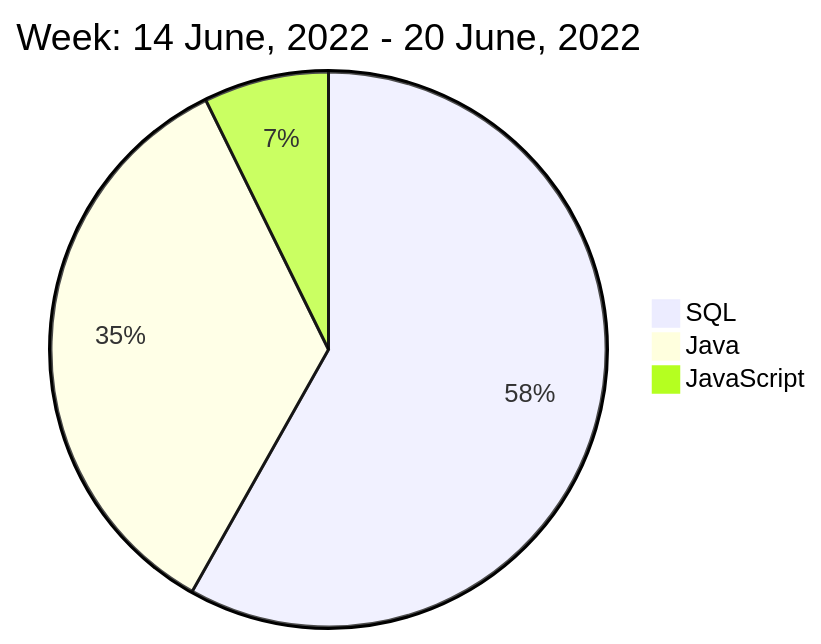
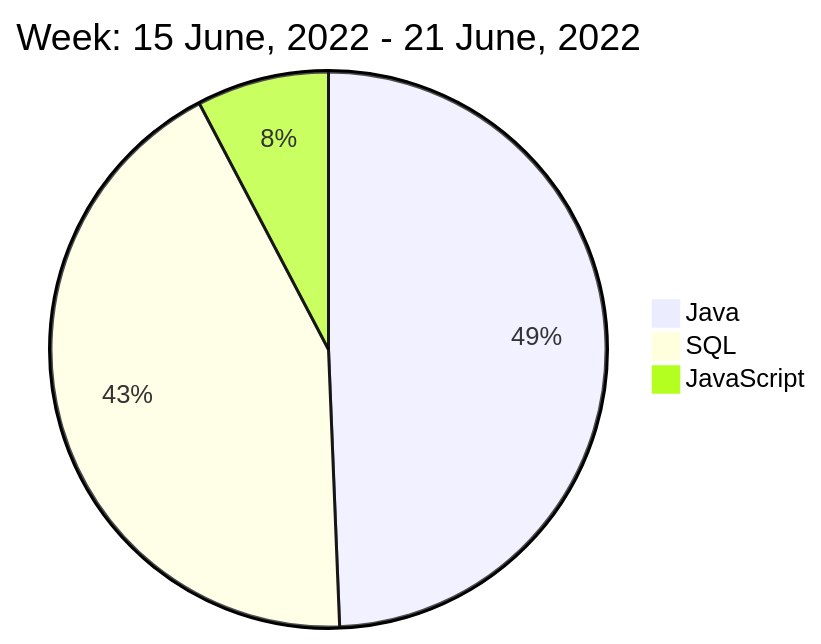
Before and after one commit to liubin95/liubin95: the diagram in README.md, drawn with Mermaid.

Commit message:
Updated the Graph with new Metrics

````diff
--- a/README.md
+++ b/README.md
@@ -40,7 +40,7 @@
 ```mermaid
  pie
-title Week: 14 June, 2022 - 20 June, 2022
- "SQL" : 8.55
- "Java" : 5.08
- "JavaScript" : 1.07
+title Week: 15 June, 2022 - 21 June, 2022
+ "Java" : 6.93
+ "SQL" : 6.03
+ "JavaScript" : 1.08
 ```
````
